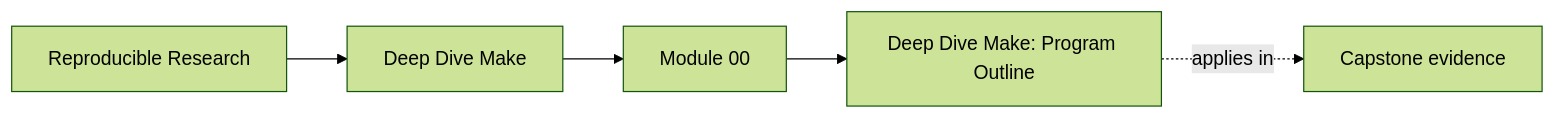
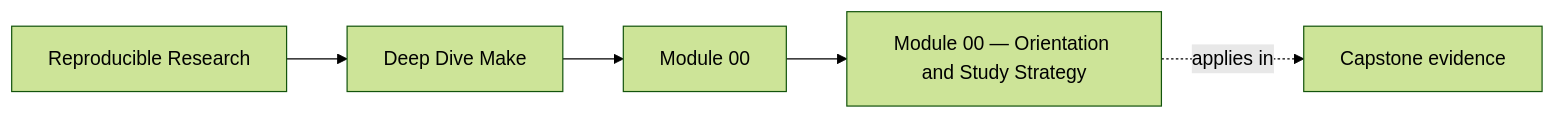
Before and after one commit to bijux/bijux-masterclass: the first of 2 diagrams in programs/reproducible-research/deep-dive-make/course-book/module-00-orientation/index.md, drawn with Mermaid (forest theme). The commit also changed other lines of this file and 4 other files, not shown here.

Commit message:
docs(deep-dive-make): clarify the ten-module learning route

````diff
--- a/programs/reproducible-research/deep-dive-make/course-book/module-00-orientation/index.md
+++ b/programs/reproducible-research/deep-dive-make/course-book/module-00-orientation/index.md
@@ -9,11 +9,11 @@
 ```mermaid
 graph LR
   family["Reproducible Research"]
   program["Deep Dive Make"]
   section["Module 00"]
-  page["Deep Dive Make: Program Outline"]
+  page["Module 00 — Orientation and Study Strategy"]
   capstone["Capstone evidence"]
 
   family --> program --> section --> page
   page -.applies in.-> capstone
 ```
````
